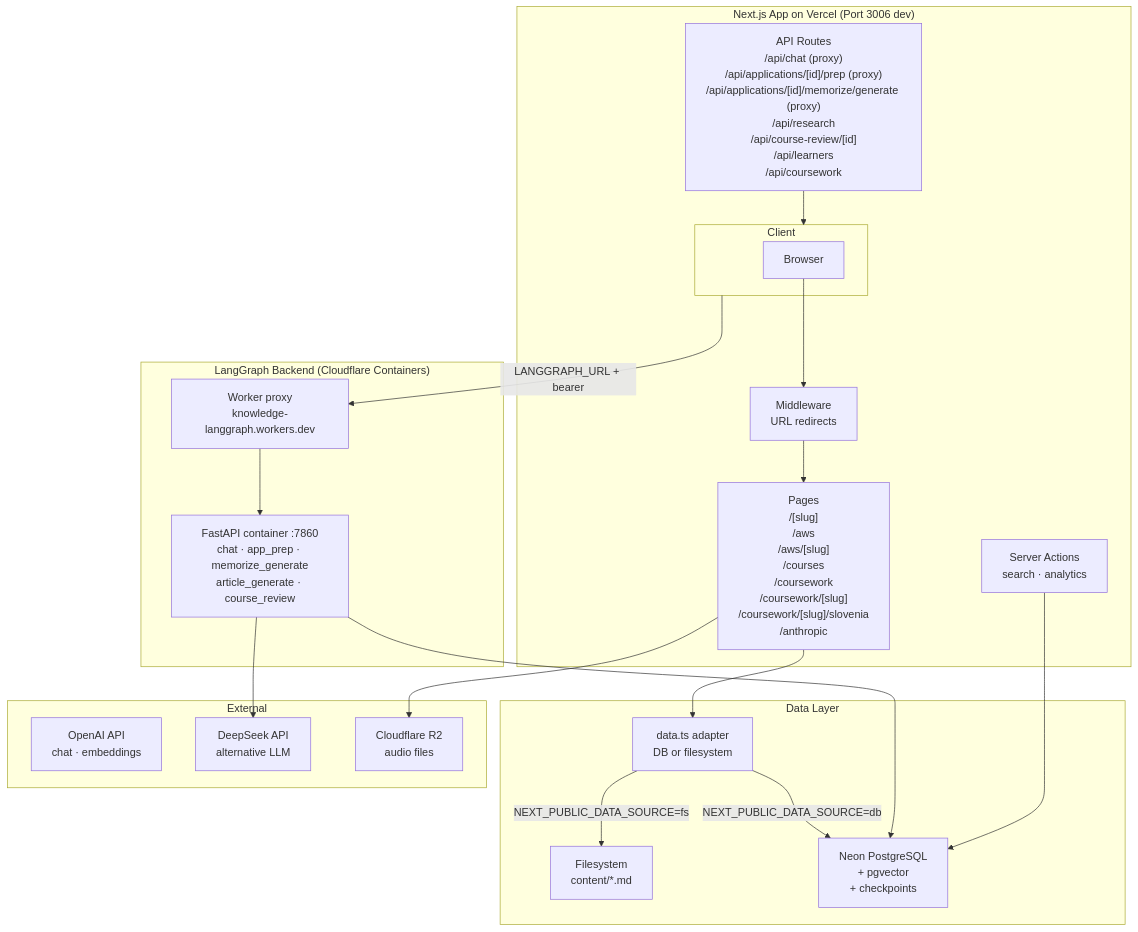
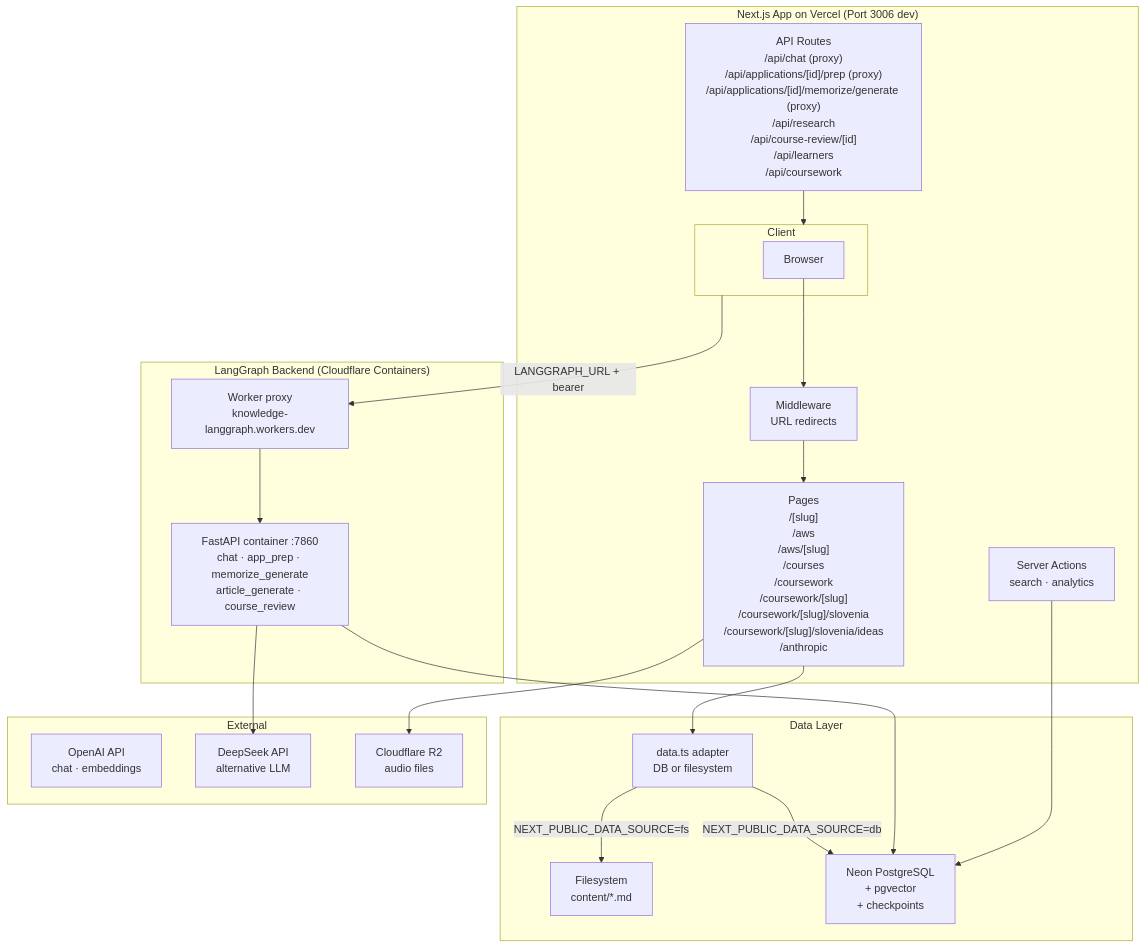
Before and after one commit to v9ai/ai-apps: the first of 8 diagrams in apps/knowledge/README.md, drawn with Mermaid. The commit also changed other lines of this file and 2 other files, not shown here.

Commit message:
(knowledge): I need to clarify — I'm getting conflicting signals. The DB shows:
- **Family Relationships (2)**: Elena Nicolai (parent) + Vadim Nicolai (parent) — no Daria.
- **Contacts (4)**: Lizi, Alex, Daria (classmate), Ama (classmate) — Daria is here.

Daria is a **CONTACT** (`classmate`), not a `FAMILY_MEMBER`. But you're saying she appears under "Family Relationships (2)" with the label `daria is Bogdan's classmate`.

Two possible fixes:

1. **"Daria shouldn't appear under Family Relationships"** — if the section is wrongly showing her (bug in filtering/rendering). Can you paste a screenshot or the URL you're viewing?
2. **"Change the Contacts subtitle to read `{firstName} is Bogdan's {relationshipType}`"** — if you want that description added under each contact name (right now we show Name + Badge, the `daria is Bogdan's classmate` text doesn't exist anywhere in the code).

Which is it? And what URL are you on — `/family/bogdan` or `/family/bogdan/contacts` or `/family/bogdan/contacts/daria`?

````diff
--- a/apps/knowledge/README.md
+++ b/apps/knowledge/README.md
@@ -18,44 +18,44 @@
 ```mermaid
 graph TD
     subgraph Client
         Browser["Browser"]
     end
 
     subgraph Next.js["Next.js App on Vercel (Port 3006 dev)"]
-        Pages["Pages\n/[slug]\n/aws\n/aws/[slug]\n/courses\n/coursework\n/coursework/[slug]\n/coursework/[slug]/slovenia\n/anthropic"]
+        Pages["Pages\n/[slug]\n/aws\n/aws/[slug]\n/courses\n/coursework\n/coursework/[slug]\n/coursework/[slug]/slovenia\n/coursework/[slug]/slovenia/ideas\n/anthropic"]
         API["API Routes\n/api/chat (proxy)\n/api/applications/[id]/prep (proxy)\n/api/applications/[id]/memorize/generate (proxy)\n/api/research\n/api/course-review/[id]\n/api/learners\n/api/coursework"]
         Client["src/lib/langgraph-client.ts\nPOST /runs/wait"]
         SA["Server Actions\nsearch · analytics"]
         MW["Middleware\nURL redirects"]
     end
 
     subgraph LangGraph["LangGraph Backend (Cloudflare Containers)"]
         Worker["Worker proxy\nknowledge-langgraph.workers.dev"]
         Container["FastAPI container :7860\nchat · app_prep · memorize_generate\narticle_generate · course_review"]
     end
 
     subgraph Data["Data Layer"]
         Adapter["data.ts adapter\nDB or filesystem"]
         FS["Filesystem\ncontent/*.md"]
         DB["Neon PostgreSQL\n+ pgvector\n+ checkpoints"]
     end
 
     subgraph External
         OpenAI["OpenAI API\nchat · embeddings"]
         DeepSeek["DeepSeek API\nalternative LLM"]
         R2["Cloudflare R2\naudio files"]
     end
 
     Browser --> MW
     MW --> Pages
     Pages --> Adapter
     SA --> DB
     API --> Client
     Client -->|LANGGRAPH_URL + bearer| Worker
     Worker --> Container
     Container --> DeepSeek
     Container --> DB
     Adapter -->|NEXT_PUBLIC_DATA_SOURCE=db| DB
     Adapter -->|NEXT_PUBLIC_DATA_SOURCE=fs| FS
     Pages --> R2
 ```
````
